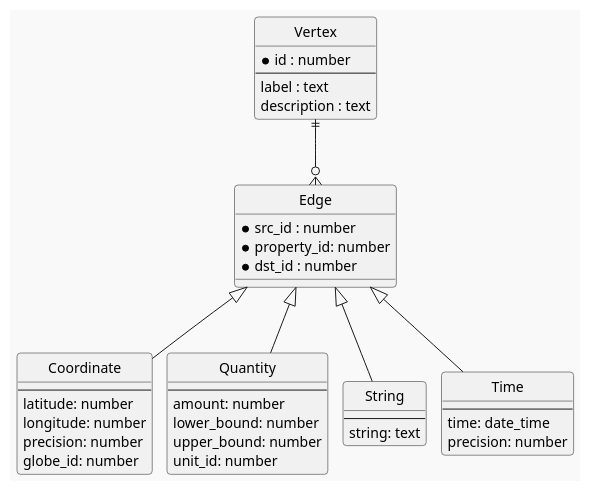
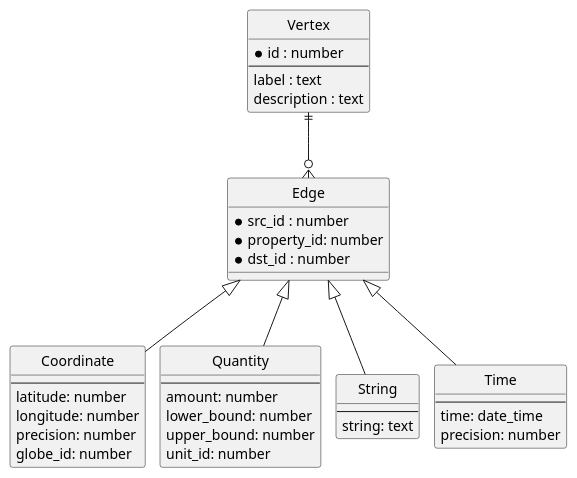
One commit to angelip2303/tfg changed the diagram in docs/figures/diagrams/10-1_wd2duckdb.pu. Above: the diagram before and after it, drawn with PlantUML. The commit also changed 16 other files, not shown here.

```diff
--- a/docs/figures/diagrams/10-1_wd2duckdb.pu
+++ b/docs/figures/diagrams/10-1_wd2duckdb.pu
@@ -1,56 +1,55 @@
 @startuml
-!theme mars
 
 ' hide the spot
 hide circle
 
 skinparam nodesep 15
 skinparam ranksep 66
 
 entity "Vertex" as e01 {
   *id : number
   --
   label : text
   description : text
 }
 
 entity "Edge" as e02 {
   *src_id : number
   *property_id: number
   *dst_id : number
 }
 
 entity "Coordinate" as e03 {
   --
   latitude: number
   longitude: number
   precision: number
   globe_id: number
 }
 
 entity "Quantity" as e04 {
   --
   amount: number
   lower_bound: number
   upper_bound: number
   unit_id: number
 }
 
 entity "String" as e05 {
   --
   string: text
 }
 
 entity "Time" as e06 {
   --
   time: date_time
   precision: number
 }
 
 e01 ||--o{ e02
 
 e02 <|-- e03
 e02 <|-- e04
 e02 <|-- e05
 e02 <|-- e06
 @enduml
```
